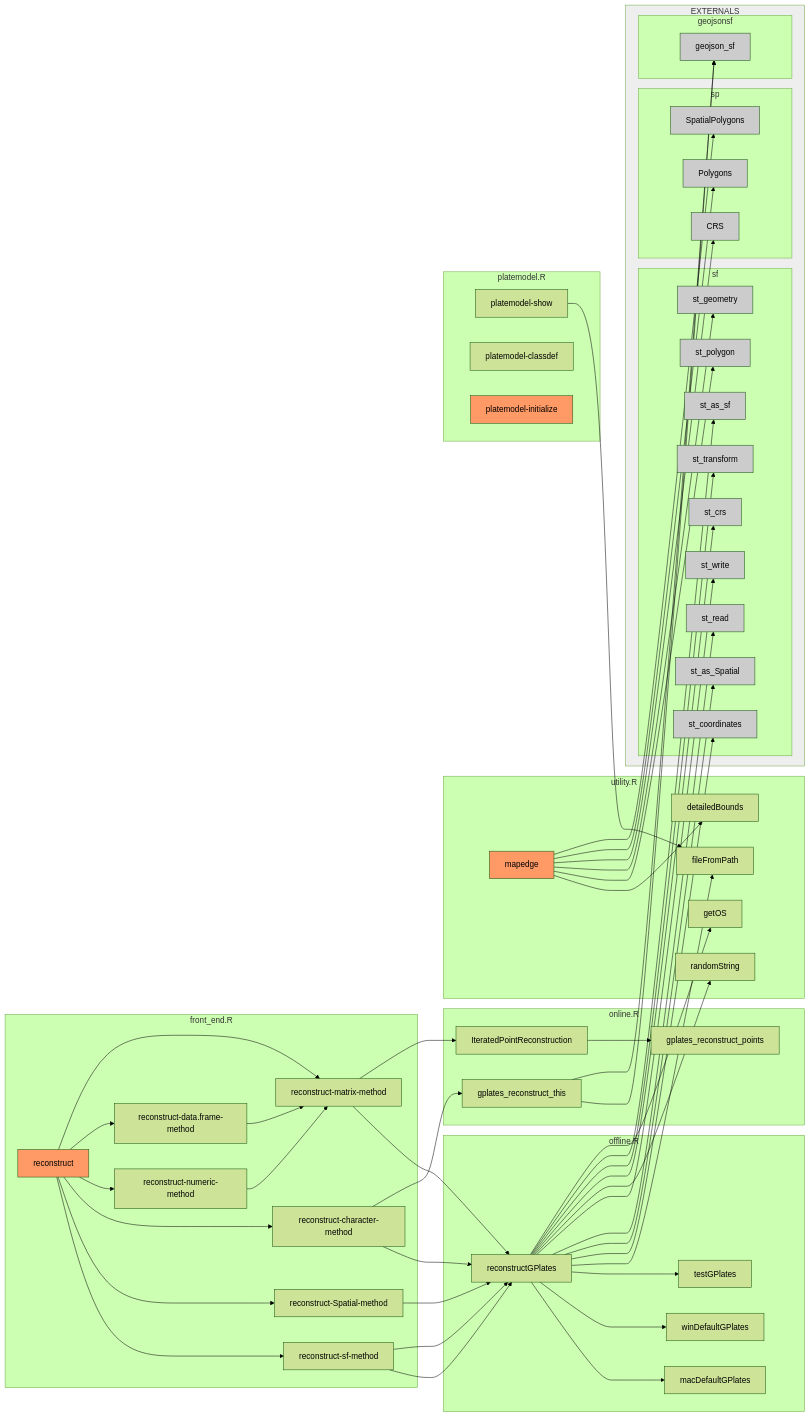
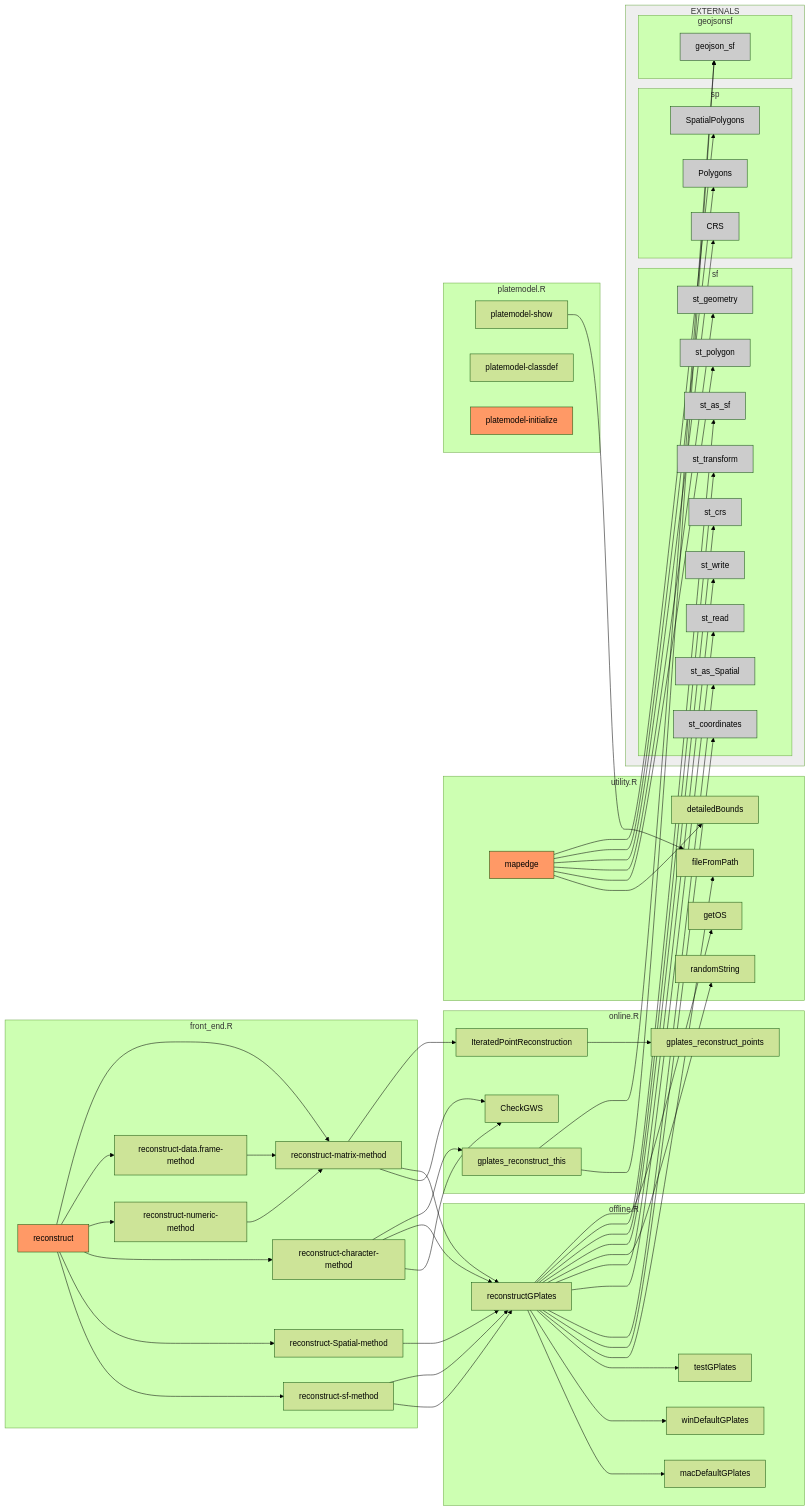
The diagram in vignettes/internals.Rmd (GPlates/rgplates), drawn with Mermaid (forest theme) before and after one commit. The commit also changed other lines of this file and 22 other files, not shown here.

```diff
--- a/vignettes/internals.Rmd
+++ b/vignettes/internals.Rmd
@@ -43,9 +44,11 @@
 
   reconstruct-matrix-method-->IteratedPointReconstruction
   reconstruct-matrix-method-->reconstructGPlates
+  reconstruct-matrix-method-->CheckGWS
   reconstruct-sf-method-->reconstructGPlates
   reconstruct-character-method-->gplates_reconstruct_this
   reconstruct-character-method-->reconstructGPlates
+  reconstruct-character-method-->CheckGWS
   reconstruct-Spatial-method-->reconstructGPlates
   reconstruct-sf-method-->reconstructGPlates
 
@@ -92,6 +95,7 @@
   gplates_reconstruct_this
   IteratedPointReconstruction-->gplates_reconstruct_points
   gplates_reconstruct_points
+  CheckGWS
 
   end
   
```
